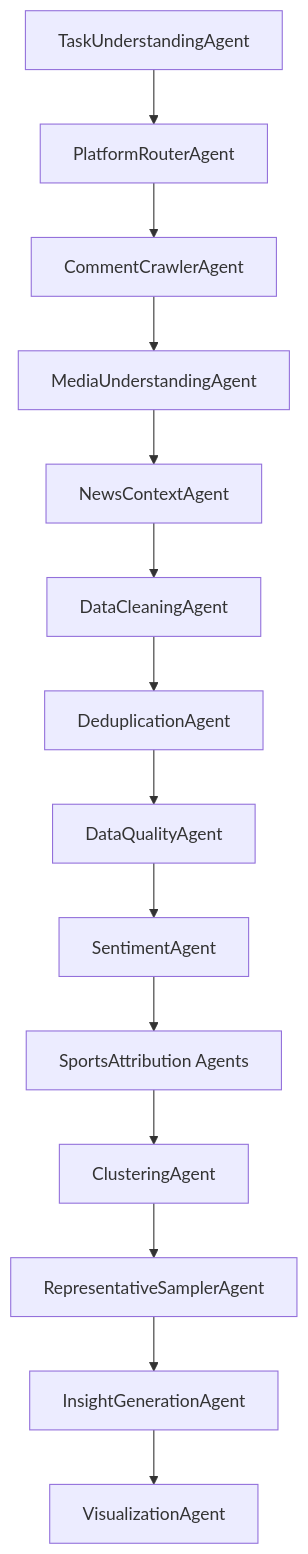
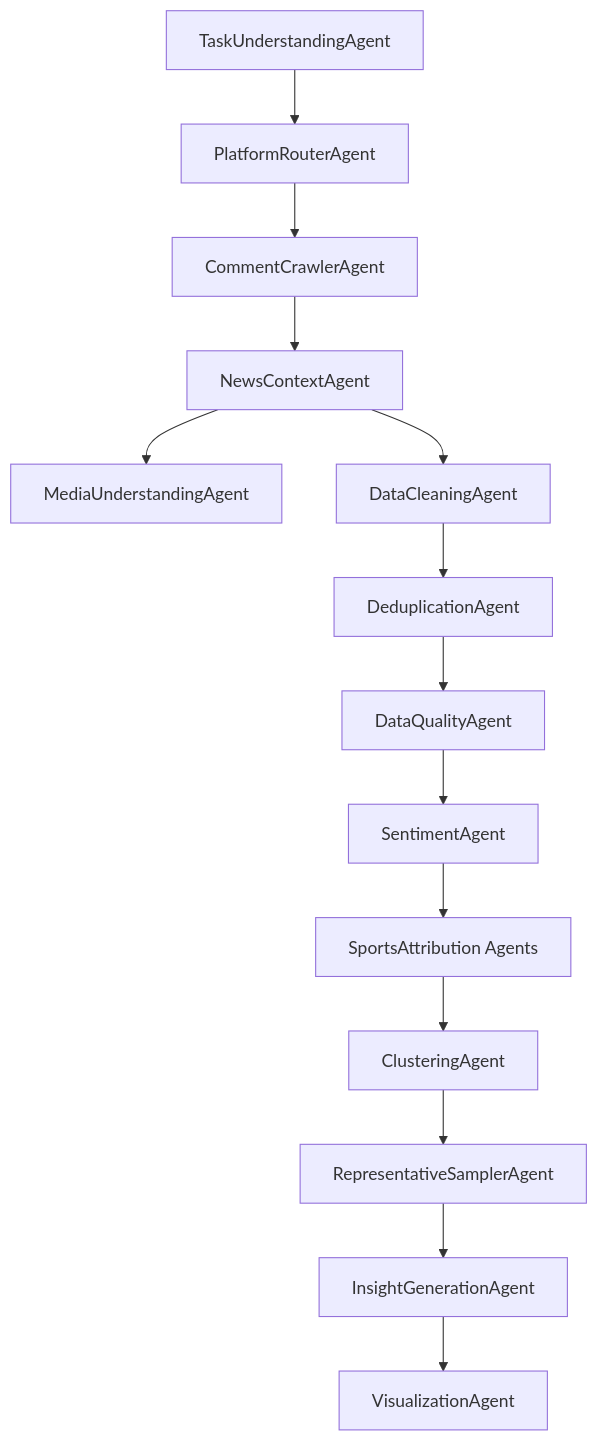
One commit to onlykillerf/comment-insight-agent changed the second of 2 diagrams in README.md. Above: the diagram before and after it, drawn with Mermaid. The commit also changed other lines of this file and 34 other files, not shown here.

````diff
--- a/README.md
+++ b/README.md
@@ -77,16 +79,16 @@
 ```mermaid
 flowchart TD
   A[TaskUnderstandingAgent] --> B[PlatformRouterAgent]
   B --> C[CommentCrawlerAgent]
-  C --> V[MediaUnderstandingAgent]
-  V --> D[NewsContextAgent]
+  C --> D[NewsContextAgent]
+  D --> V[MediaUnderstandingAgent]
   D --> E[DataCleaningAgent]
   E --> F[DeduplicationAgent]
   F --> G[DataQualityAgent]
   G --> H[SentimentAgent]
   H --> I[SportsAttribution Agents]
   I --> J[ClusteringAgent]
   J --> K[RepresentativeSamplerAgent]
   K --> L[InsightGenerationAgent]
   L --> M[VisualizationAgent]
 ```
````
